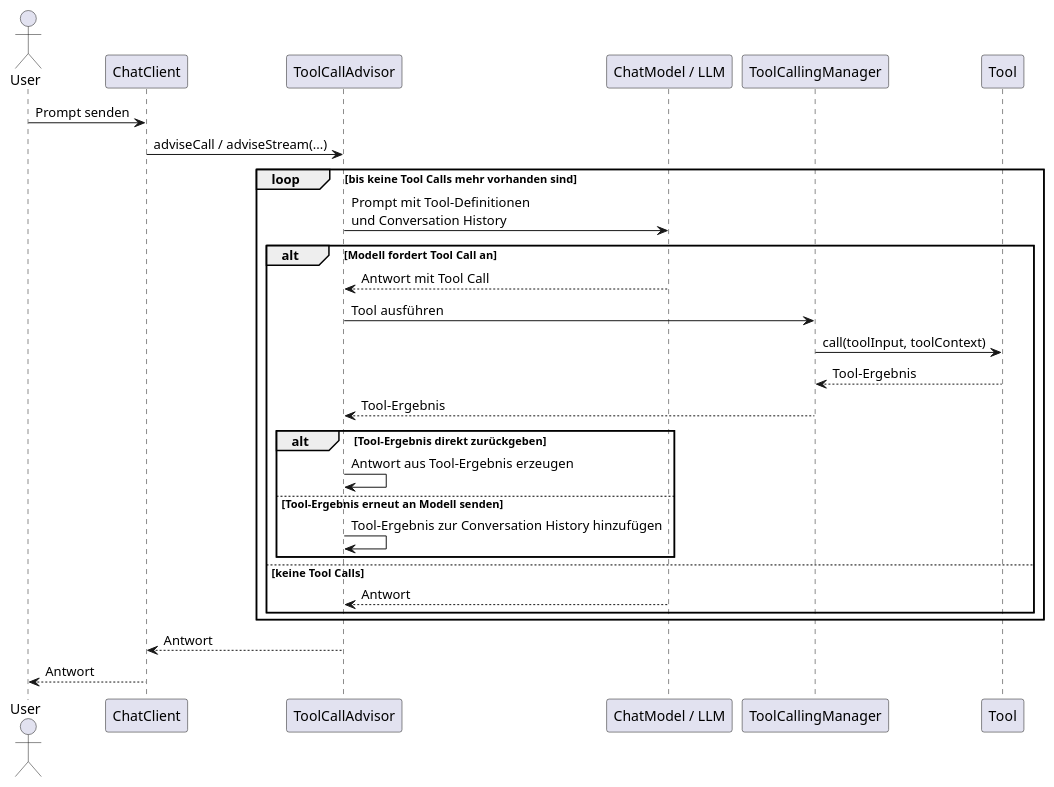
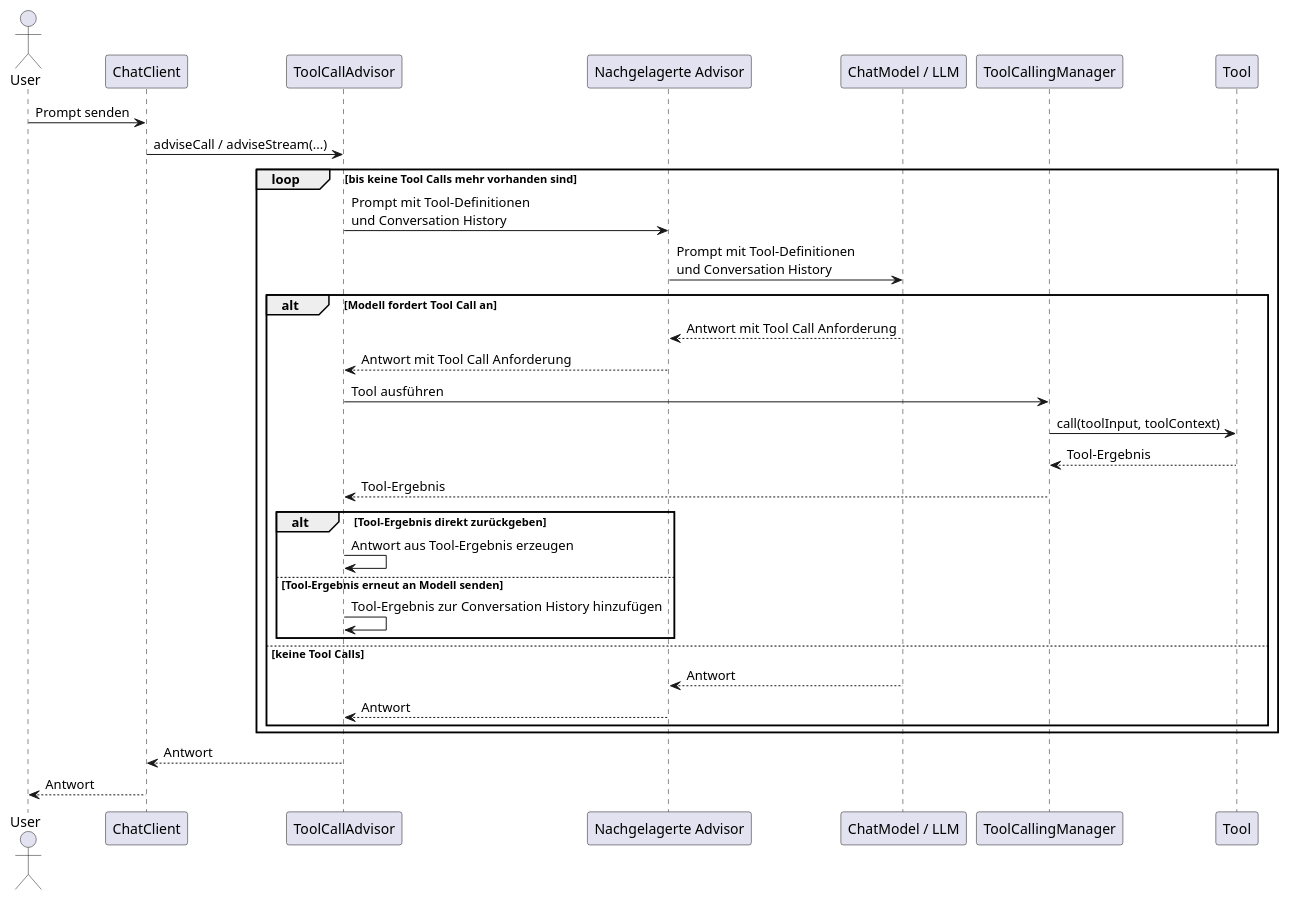
One commit to thjanssen/SpringAiBuch changed the diagram in diagrams/10-ToolCall.puml. Above: the diagram before and after it, drawn with PlantUML. The commit also changed 71 other files, not shown here.

Commit message:
Update diagrams Add MCP examples

```diff
--- a/diagrams/10-ToolCall.puml
+++ b/diagrams/10-ToolCall.puml
@@ -1,43 +1,47 @@
 @startuml
 
 skinparam shadowing false
 skinparam sequenceArrowThickness 1
 skinparam responseMessageBelowArrow true
 
 actor "User" as User
 participant "ChatClient" as Client
 participant "ToolCallAdvisor" as Advisor
+participant "Nachgelagerte Advisor" as Chain
 participant "ChatModel / LLM" as Model
 participant "ToolCallingManager" as Manager
 participant "Tool" as Tool
 
 User -> Client : Prompt senden
 Client -> Advisor : adviseCall / adviseStream(...)
 
 loop bis keine Tool Calls mehr vorhanden sind
 
-  Advisor -> Model : Prompt mit Tool-Definitionen\nund Conversation History
+  Advisor -> Chain : Prompt mit Tool-Definitionen\nund Conversation History
+  Chain -> Model : Prompt mit Tool-Definitionen\nund Conversation History
 
   alt Modell fordert Tool Call an
-    Model --> Advisor : Antwort mit Tool Call
+    Model --> Chain : Antwort mit Tool Call Anforderung
+    Chain --> Advisor : Antwort mit Tool Call Anforderung
 
     Advisor -> Manager : Tool ausführen
     Manager -> Tool : call(toolInput, toolContext)
     Tool --> Manager : Tool-Ergebnis
     Manager --> Advisor : Tool-Ergebnis
 
     alt Tool-Ergebnis direkt zurückgeben
       Advisor -> Advisor : Antwort aus Tool-Ergebnis erzeugen
     else Tool-Ergebnis erneut an Modell senden
       Advisor -> Advisor : Tool-Ergebnis zur Conversation History hinzufügen
     end
 
   else keine Tool Calls
-    Model --> Advisor : Antwort
+    Model --> Chain : Antwort
+    Chain --> Advisor : Antwort
   end
 end
 
 Advisor --> Client : Antwort
 Client --> User : Antwort
 
 @enduml
```
